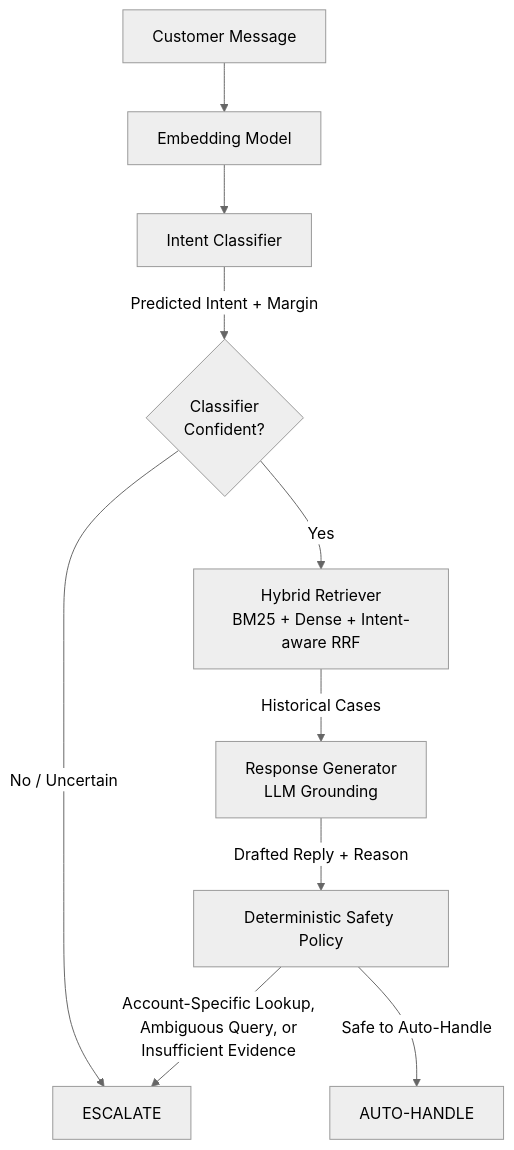
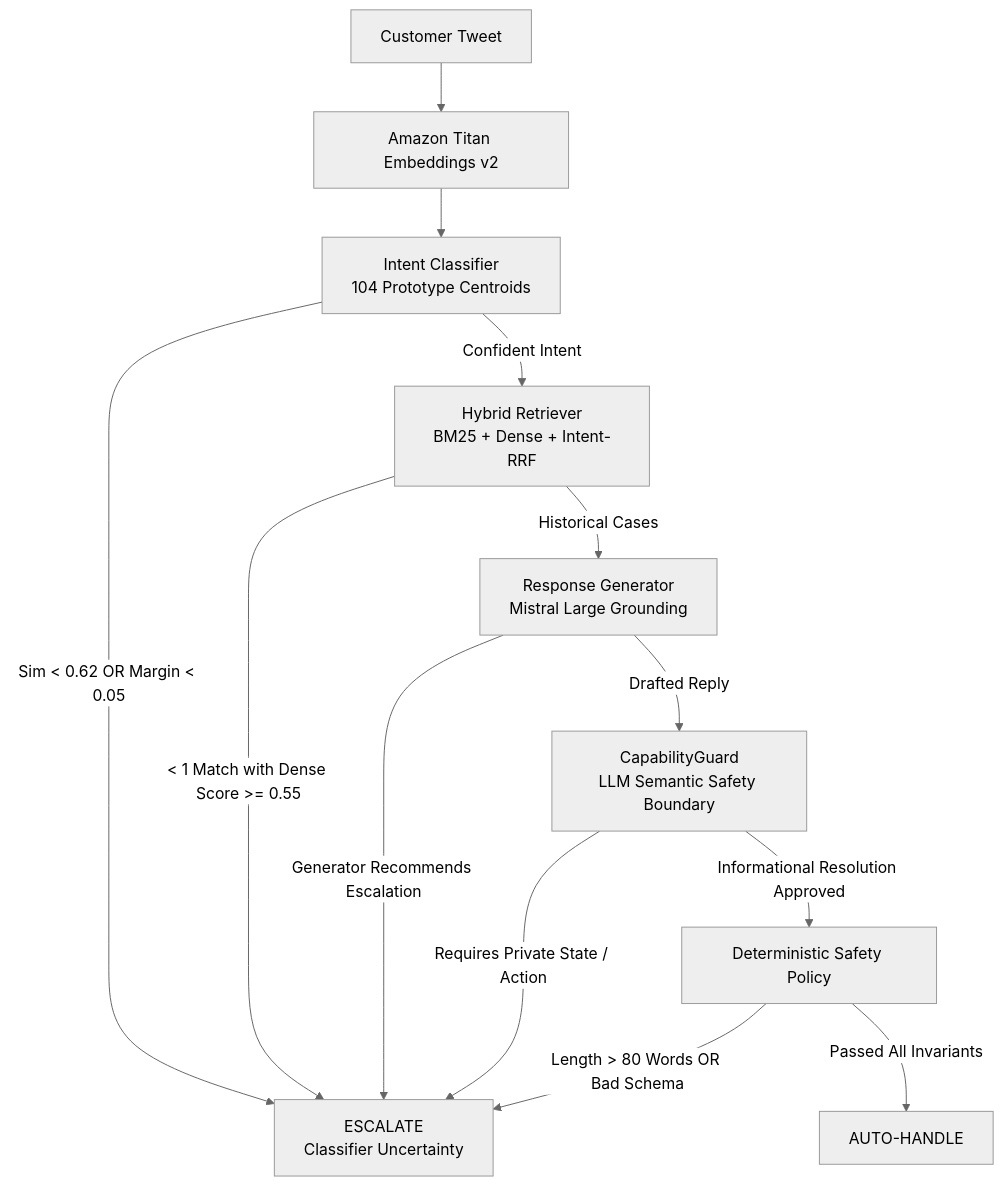
One commit to Ampplex/hiver-sde-intern changed the diagram in README.md. Above: the diagram before and after it, drawn with Mermaid (neutral theme). The commit also changed other lines of this file and 10 other files, not shown here.

````diff
--- a/README.md
+++ b/README.md
@@ -9,17 +46,20 @@
 ```mermaid
 flowchart TD
-    A[Customer Message] --> B[Embedding Model]
-    B --> C[Intent Classifier]
+    A[Customer Tweet] --> B[Amazon Titan Embeddings v2]
+    B --> C[Intent Classifier<br>104 Prototype Centroids]
     
-    C -->|Predicted Intent + Margin| D{Classifier<br>Confident?}
+    C -->|Sim < 0.62 OR Margin < 0.05| E[ESCALATE<br>Classifier Uncertainty]
+    C -->|Confident Intent| F[Hybrid Retriever<br>BM25 + Dense + Intent-RRF]
     
-    D -->|No / Uncertain| E[ESCALATE]
+    F -->|< 1 Match with Dense Score >= 0.55| E
+    F -->|Historical Cases| G[Response Generator<br>Mistral Large Grounding]
     
-    D -->|Yes| F[Hybrid Retriever<br>BM25 + Dense + Intent-aware RRF]
+    G -->|Generator Recommends Escalation| E
+    G -->|Drafted Reply| H[CapabilityGuard<br>LLM Semantic Safety Boundary]
     
-    F -->|Historical Cases| G[Response Generator<br>LLM Grounding]
-    G -->|Drafted Reply + Reason| H[Deterministic Safety Policy]
+    H -->|Requires Private State / Action| E
+    H -->|Informational Resolution Approved| I[Deterministic Safety Policy]
     
-    H -->|Account-Specific Lookup,<br>Ambiguous Query, or<br>Insufficient Evidence| E
-    H -->|Safe to Auto-Handle| I[AUTO-HANDLE]
+    I -->|Length > 80 Words OR Bad Schema| E
+    I -->|Passed All Invariants| J[AUTO-HANDLE]
 ```
````
